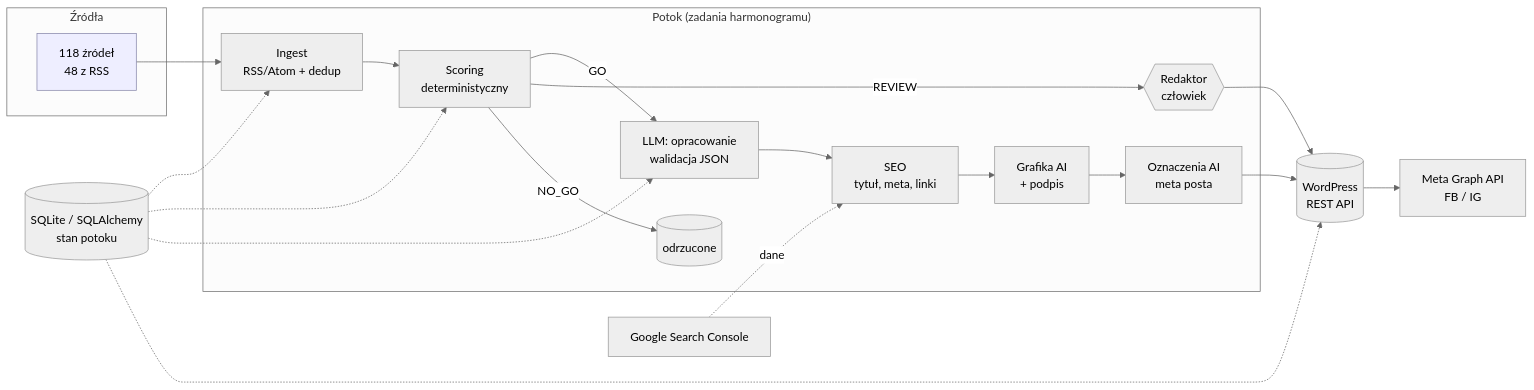
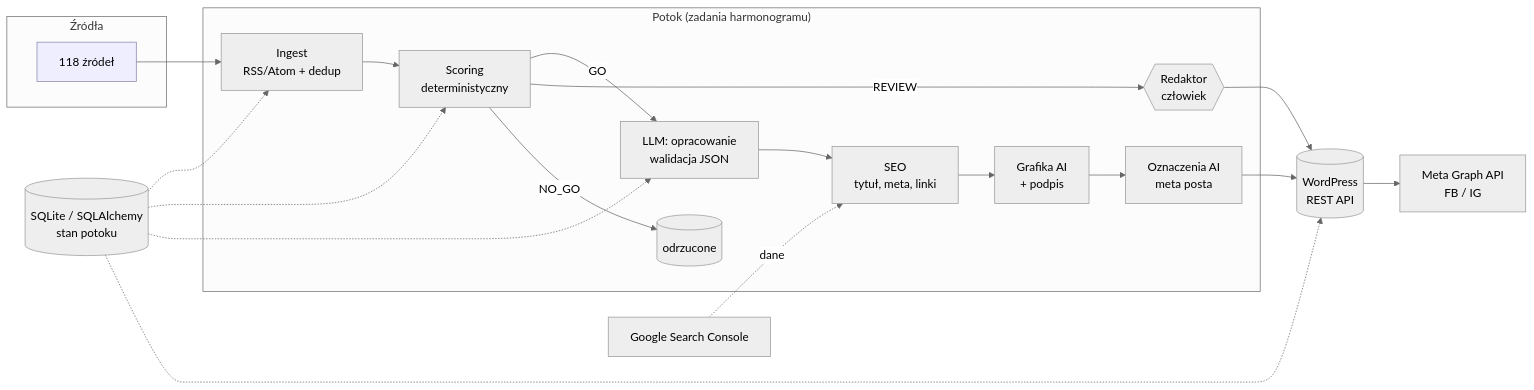
One commit to PFLGroup/filip-lukaszewski changed the diagram in ai-newsroom-pipeline/README.md. Above: the diagram before and after it, drawn with Mermaid (neutral theme). The commit also changed other lines of this file and 3 other files, not shown here.

````diff
--- a/ai-newsroom-pipeline/README.md
+++ b/ai-newsroom-pipeline/README.md
@@ -33,22 +33,22 @@
 ```mermaid
 flowchart LR
     subgraph SRC["Źródła"]
-        S1[118 źródeł<br/>48 z RSS]:::src
+        S1[118 źródeł]:::src
     end
     subgraph PIPE["Potok (zadania harmonogramu)"]
         I[Ingest<br/>RSS/Atom + dedup] --> SC[Scoring<br/>deterministyczny]
         SC -->|GO| L[LLM: opracowanie<br/>walidacja JSON]
         SC -->|REVIEW| H{{Redaktor<br/>człowiek}}
         SC -->|NO_GO| X[(odrzucone)]
         L --> SEO[SEO<br/>tytuł, meta, linki]
         SEO --> IMG[Grafika AI<br/>+ podpis]
         IMG --> LAB[Oznaczenia AI<br/>meta posta]
     end
     S1 --> I
     LAB --> WP[(WordPress<br/>REST API)]
     H --> WP
     WP --> META[Meta Graph API<br/>FB / IG]
     GSC[Google Search Console] -.dane.-> SEO
     DB[(SQLite / SQLAlchemy<br/>stan potoku)] -.-> I & SC & L & WP
     classDef src fill:#eef,stroke:#88a
 ```
````
